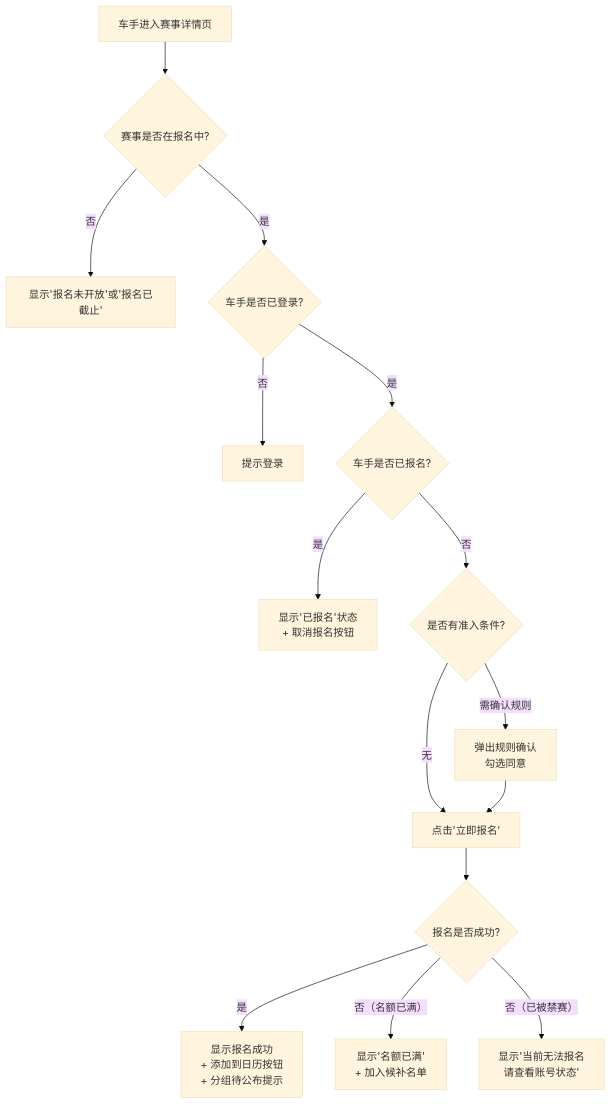
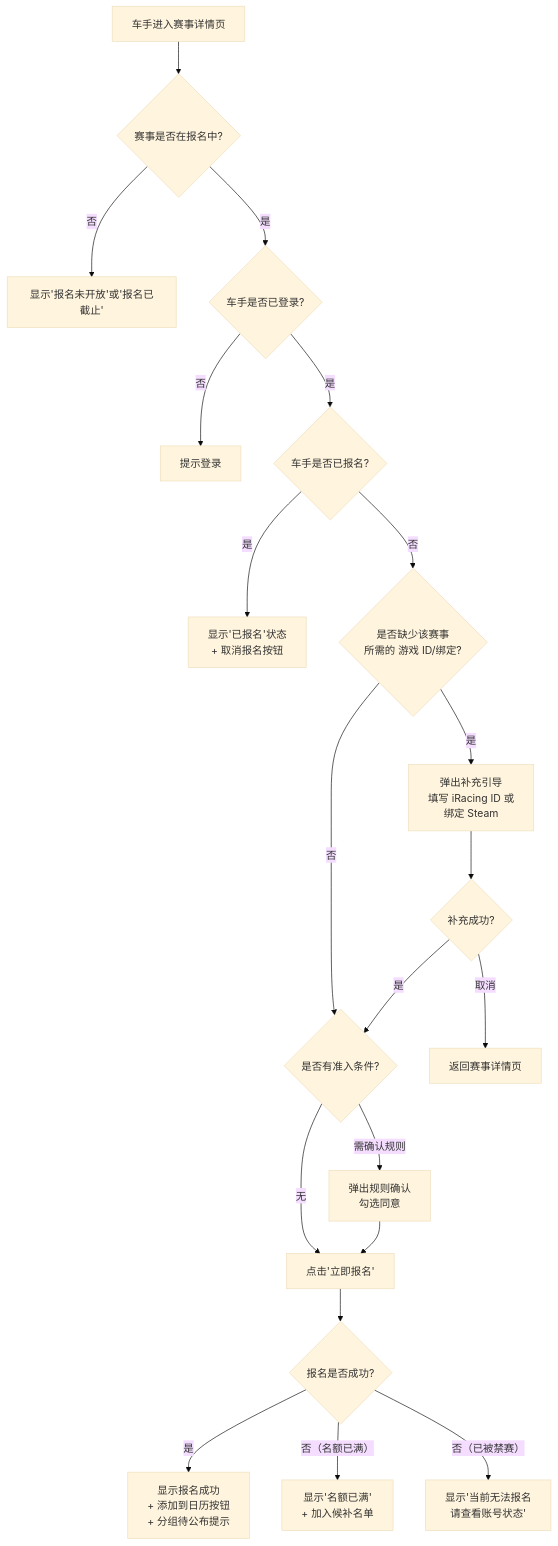
One commit to SagaLinZP/Racing-Arcade changed the sixth of 9 diagrams in PRD.md. Above: the diagram before and after it, drawn with Mermaid (base theme). The commit also changed other lines of this file, not shown here.

Commit message:
update registration flow now check steam id and iracing id

````diff
--- a/PRD.md
+++ b/PRD.md
@@ -768,22 +807,29 @@
 ```mermaid
 flowchart TD
     A[车手进入赛事详情页] --> B{赛事是否在报名中?}
     B -->|否| B1[显示'报名未开放'或'报名已截止']
     B -->|是| C{车手是否已登录?}
     
     C -->|否| C1[提示登录]
     C -->|是| D{车手是否已报名?}
     
     D -->|是| D1[显示'已报名'状态<br/>+ 取消报名按钮]
-    D -->|否| E{是否有准入条件?}
+    D -->|否| E{是否缺少该赛事<br/>所需的 游戏 ID/绑定?}
     
-    E -->|无| F[点击'立即报名']
-    E -->|需确认规则| E1[弹出规则确认<br/>勾选同意]
+    E -->|是| E2[弹出补充引导<br/>填写 iRacing ID 或<br/>绑定 Steam]
+    E -->|否| E3{是否有准入条件?}
+    
+    E2 --> E2A{补充成功?}
+    E2A -->|是| E3
+    E2A -->|取消| D2[返回赛事详情页]
+    
+    E3 -->|无| F[点击'立即报名']
+    E3 -->|需确认规则| E1[弹出规则确认<br/>勾选同意]
     
     E1 --> F
     F --> G{报名是否成功?}
     
     G -->|是| H[显示报名成功<br/>+ 添加到日历按钮<br/>+ 分组待公布提示]
     G -->|否（名额已满）| G1[显示'名额已满'<br/>+ 加入候补名单]
     G -->|否（已被禁赛）| G2[显示'当前无法报名<br/>请查看账号状态']
 ```
````
